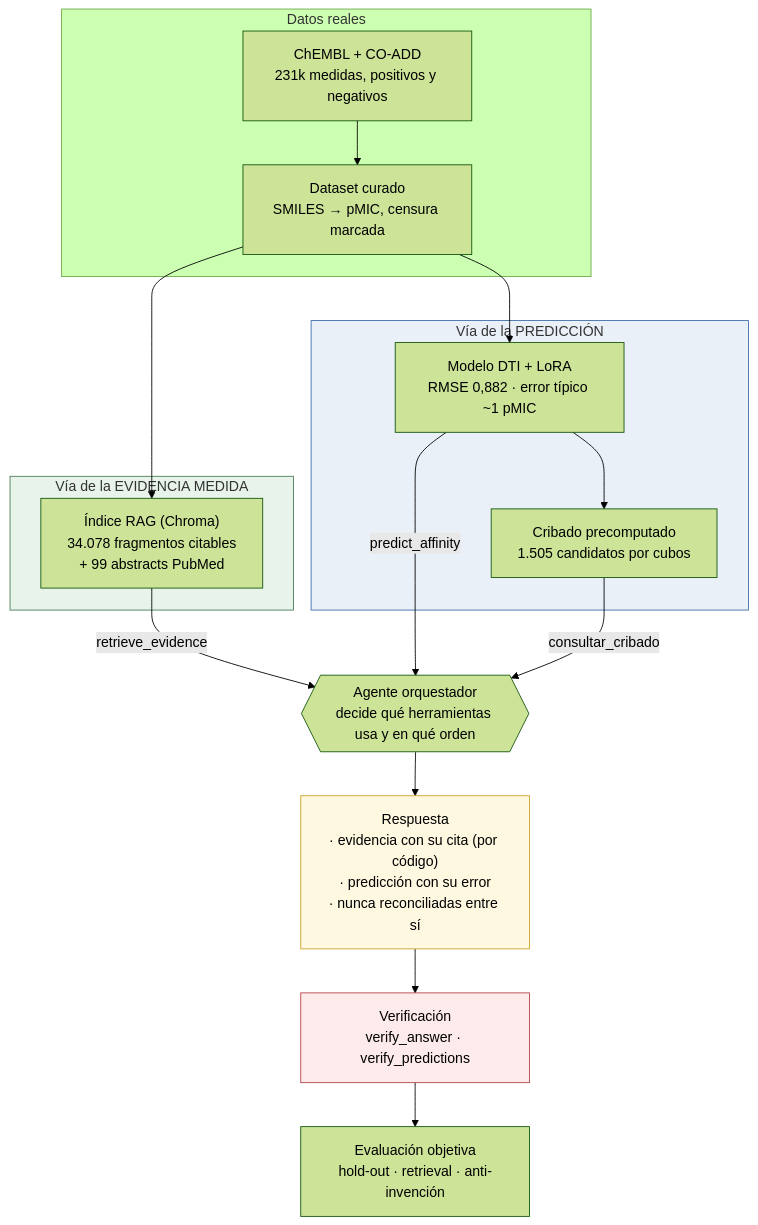
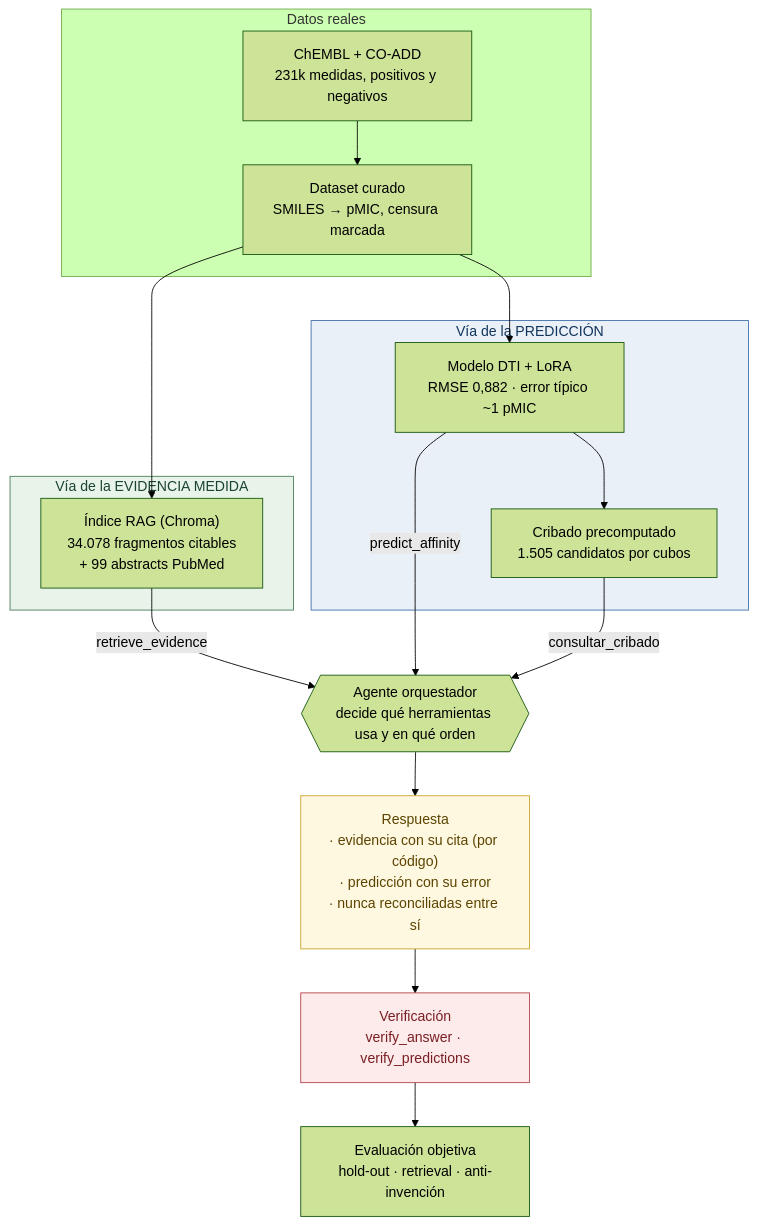
The first of 3 diagrams in README.md (julenmg/AI4Devs-finalproject), drawn with Mermaid (forest theme) before and after one commit. The commit also changed other lines of this file, not shown here.

First line of the commit message:
fase8: legibilidad de los diagramas (contraste explicito y layout vertical)

````diff
--- a/README.md
+++ b/README.md
@@ -177,37 +177,37 @@
 ```mermaid
 flowchart TD
     subgraph datos["Datos reales"]
         CH["ChEMBL + CO-ADD<br/>231k medidas, positivos y negativos"]
         CU["Dataset curado<br/>SMILES → pMIC, censura marcada"]
         CH --> CU
     end
 
     CU --> IDX
     CU --> LORA
 
     subgraph medida["Vía de la EVIDENCIA MEDIDA"]
         IDX["Índice RAG (Chroma)<br/>34.078 fragmentos citables<br/>+ 99 abstracts PubMed"]
     end
 
     subgraph pred["Vía de la PREDICCIÓN"]
         LORA["Modelo DTI + LoRA<br/>RMSE 0,882 · error típico ~1 pMIC"]
         SCR["Cribado precomputado<br/>1.505 candidatos por cubos"]
         LORA --> SCR
     end
 
     AG{{"Agente orquestador<br/>decide qué herramientas usa y en qué orden"}}
 
     IDX -->|"retrieve_evidence"| AG
     LORA -->|"predict_affinity"| AG
     SCR -->|"consultar_cribado"| AG
 
     AG --> RESP["Respuesta<br/>· evidencia con su cita (por código)<br/>· predicción con su error<br/>· nunca reconciliadas entre sí"]
 
     RESP --> VER["Verificación<br/>verify_answer · verify_predictions"]
     VER --> EVAL["Evaluación objetiva<br/>hold-out · retrieval · anti-invención"]
 
-    style medida fill:#e8f4ea,stroke:#4a7c59
-    style pred fill:#eaf0f8,stroke:#3f6ea8
-    style RESP fill:#fff8e1,stroke:#c9a227
-    style VER fill:#fdeaea,stroke:#b3454a
+    style medida fill:#e8f4ea,stroke:#4a7c59,color:#1b4332
+    style pred fill:#eaf0f8,stroke:#3f6ea8,color:#12355b
+    style RESP fill:#fff8e1,stroke:#c9a227,color:#5c4400
+    style VER fill:#fdeaea,stroke:#b3454a,color:#7a1f24
 ```
````
